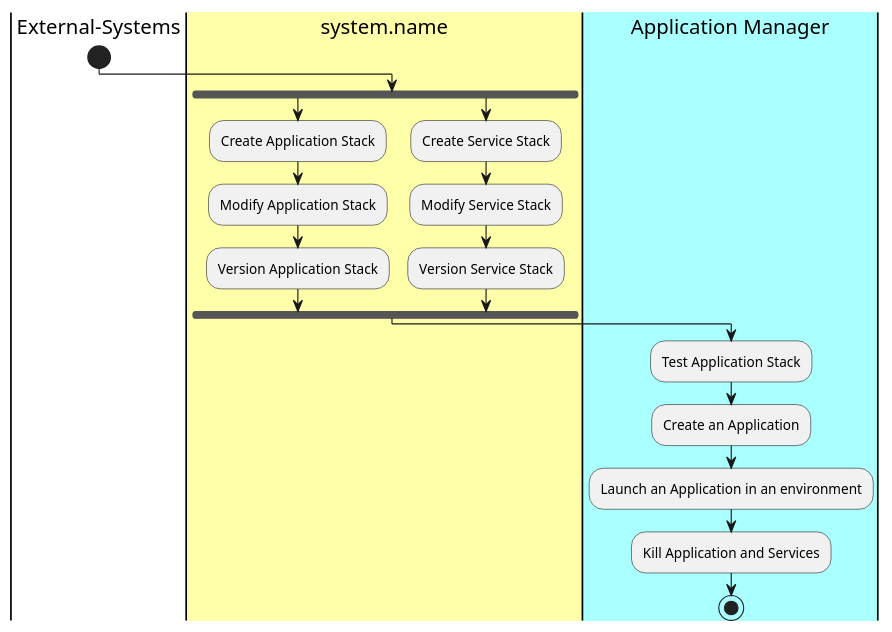
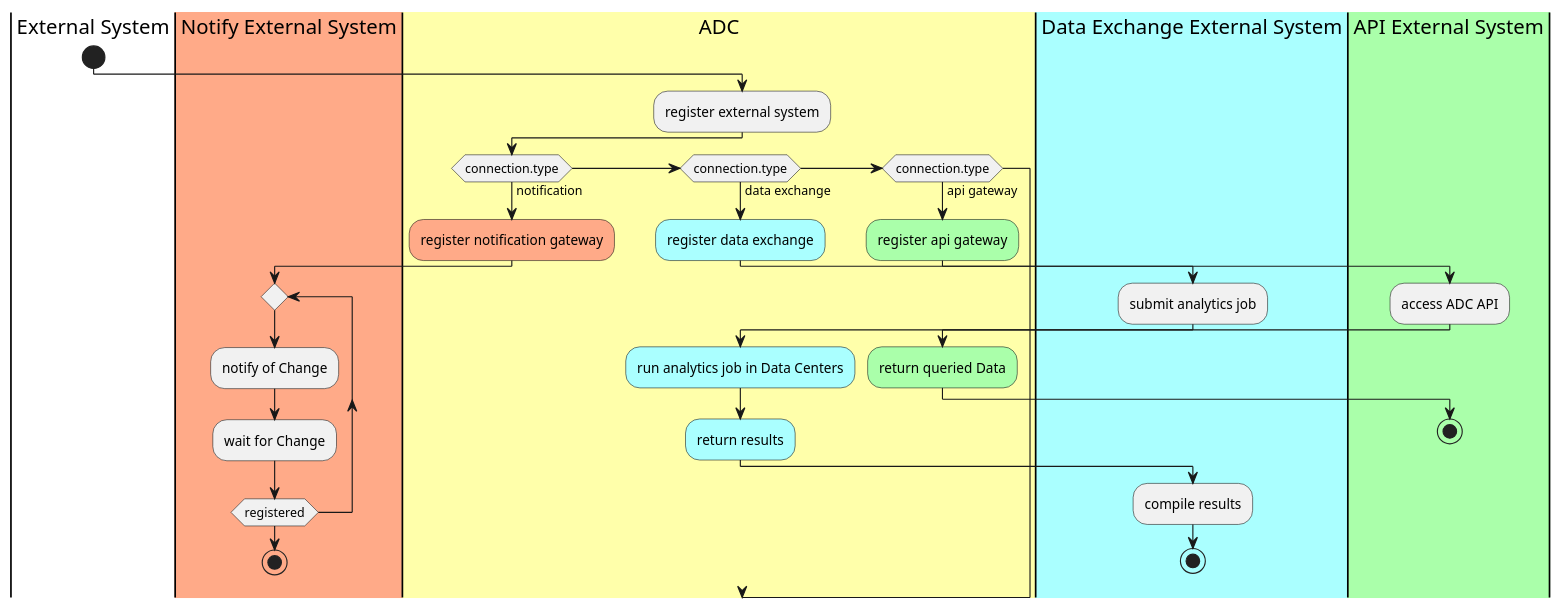
The diagram in docs/Actors/External-Systems/Workflow.puml (CAADE/ADC), drawn with PlantUML before and after one commit. The commit also changed 156 other files, not shown here.

```diff
--- a/docs/Actors/External-Systems/Workflow.puml
+++ b/docs/Actors/External-Systems/Workflow.puml
@@ -1,20 +1,38 @@
 @startuml
-|External-Systems|
+|External System|
+|#ffaa88|Notify External System|
+|External System|
 start
-|#ffffaa|system.name|
-fork
-:Create Application Stack;
-:Modify Application Stack;
-:Version Application Stack;
-fork again
-:Create Service Stack;
-:Modify Service Stack;
-:Version Service Stack;
-fork end
-|#aaffff|Application Manager|
-:Test Application Stack;
-:Create an Application;
-:Launch an Application in an environment;
-:Kill Application and Services;
-stop
+|#ffffaa|ADC|
+:register external system;
+if(connection.type) then (notification)
+  #ffaa88:register notification gateway;
+  |Notify External System|
+  repeat
+  :notify of Change;
+  :wait for Change;
+  repeat while(registered)
+  stop
+  |ADC|
+elseif (connection.type) then (data exchange)
+  #aaffff:register data exchange;
+  |#aaffff|Data Exchange External System|
+  :submit analytics job;
+  |ADC|
+  #aaffff:run analytics job in Data Centers;
+  #aaffff:return results;
+  |Data Exchange External System|
+  :compile results;
+  stop
+  |ADC|
+elseif (connection.type) then (api gateway)
+  #aaffaa:register api gateway;
+  |#aaffaa|API External System|
+  :access ADC API;
+  |ADC|
+  #aaffaa:return queried Data;
+  |API External System|
+  stop
+endif
+
 @enduml
```
